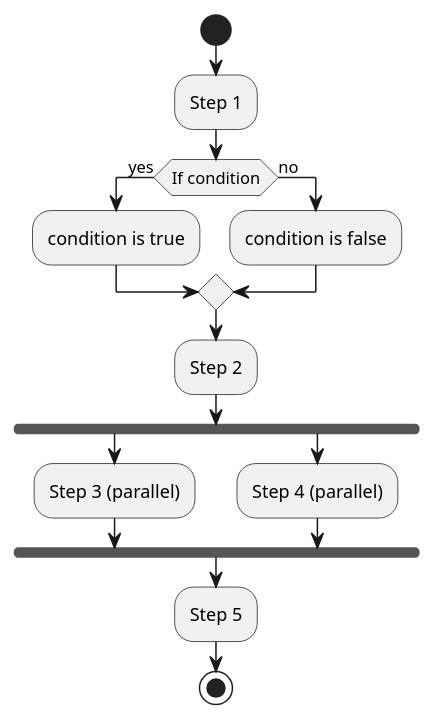
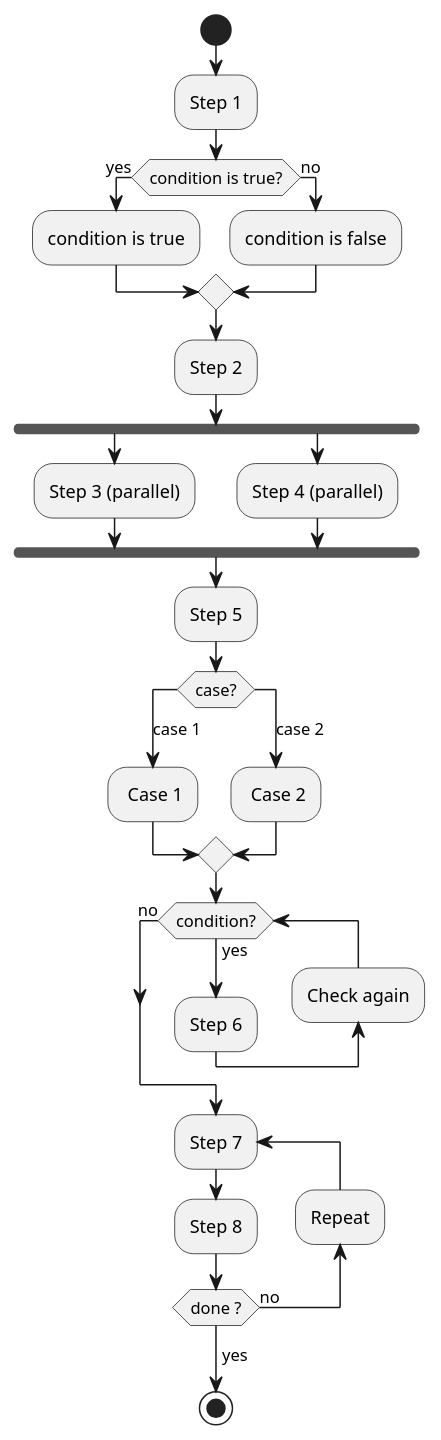
The diagram in uml/assets/activity.puml (hugorbarbosa/cpp-design-patterns), drawn with PlantUML before and after one commit. The commit also changed 13 other files, not shown here.

First line of the commit message:
Improve UML basics documentation

```diff
--- a/uml/assets/activity.puml
+++ b/uml/assets/activity.puml
@@ -1,25 +1,43 @@
 @startuml
 
 start
 
 :Step 1;
 
-if (If condition) then (yes)
+if (condition is true?) then (yes)
     :condition is true;
 else (no)
     :condition is false;
 endif
 
 :Step 2;
 
 fork
     :Step 3 (parallel);
 fork again
     :Step 4 (parallel);
 end fork
 
 :Step 5;
 
+switch (case?)
+case (case 1)
+    : Case 1;
+case (case 2)
+    : Case 2;
+endswitch
+
+while (condition?) is (yes)
+    :Step 6;
+backward :Check again;
+endwhile (no)
+
+repeat :Step 7;
+    :Step 8;
+backward :Repeat;
+repeat while (done ?) is (no)
+->yes;
+
 stop
 
 @enduml
```
